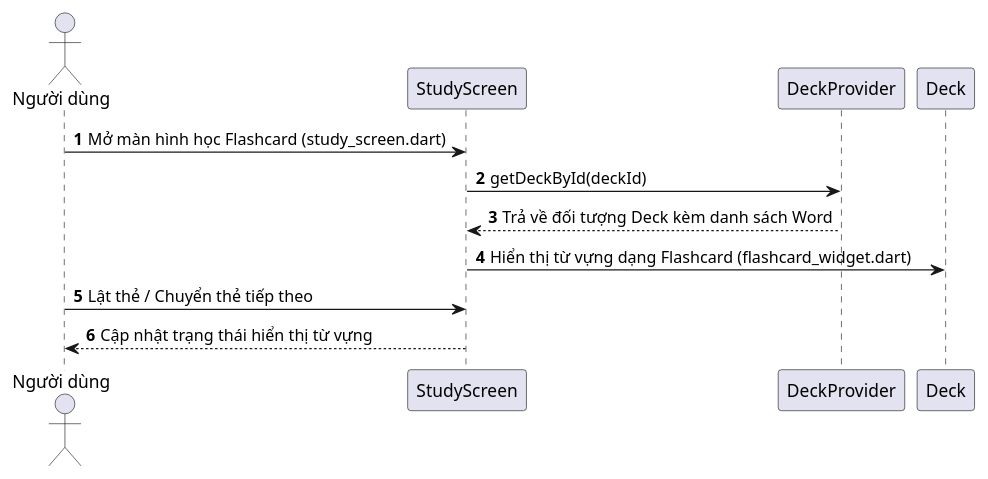
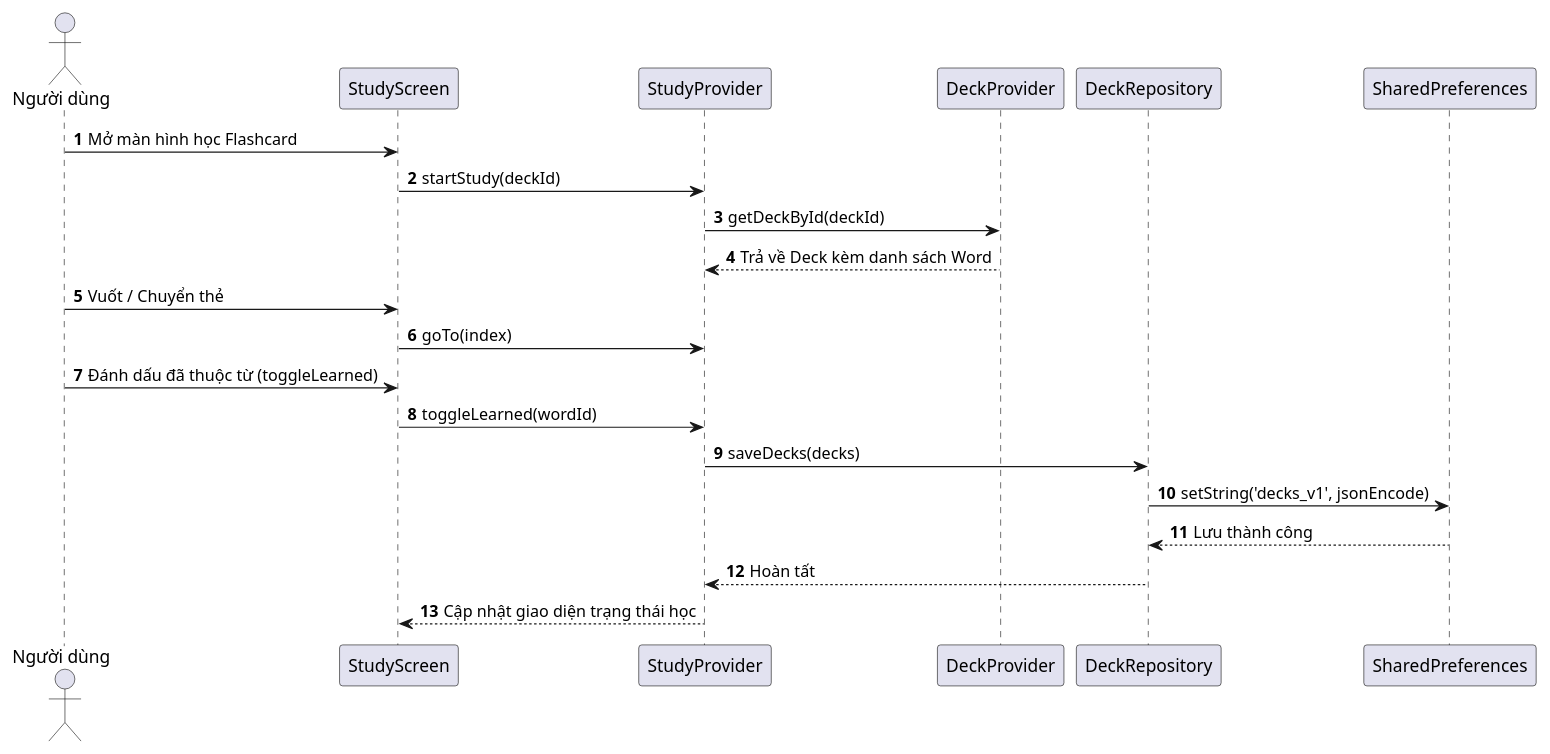
One commit to hoang-adu/2026_2027_1_1_LTTBDD_N01_Nhom_2 changed the diagram in docs/sequence_study_flashcard.puml. Above: the diagram before and after it, drawn with PlantUML. The commit also changed 3 other files, not shown here.

Commit message:
docs: cập nhật chuẩn 4 sơ đồ tuần tự (study, quiz, search)

```diff
--- a/docs/sequence_study_flashcard.puml
+++ b/docs/sequence_study_flashcard.puml
@@ -1,14 +1,23 @@
 @startuml
 autonumber
 actor "Người dùng" as User
 participant "StudyScreen" as UI
-participant "DeckProvider" as Provider
-participant "Deck" as Model
+participant "StudyProvider" as Provider
+participant "DeckProvider" as DeckProvider
+participant "DeckRepository" as Repo
+participant "SharedPreferences" as Prefs
 
-User -> UI: Mở màn hình học Flashcard (study_screen.dart)
-UI -> Provider: getDeckById(deckId)
-Provider --> UI: Trả về đối tượng Deck kèm danh sách Word
-UI -> Model: Hiển thị từ vựng dạng Flashcard (flashcard_widget.dart)
-User -> UI: Lật thẻ / Chuyển thẻ tiếp theo
-UI --> User: Cập nhật trạng thái hiển thị từ vựng
+User -> UI: Mở màn hình học Flashcard
+UI -> Provider: startStudy(deckId)
+Provider -> DeckProvider: getDeckById(deckId)
+DeckProvider --> Provider: Trả về Deck kèm danh sách Word
+User -> UI: Vuốt / Chuyển thẻ
+UI -> Provider: goTo(index)
+User -> UI: Đánh dấu đã thuộc từ (toggleLearned)
+UI -> Provider: toggleLearned(wordId)
+Provider -> Repo: saveDecks(decks)
+Repo -> Prefs: setString('decks_v1', jsonEncode)
+Prefs --> Repo: Lưu thành công
+Repo --> Provider: Hoàn tất
+Provider --> UI: Cập nhật giao diện trạng thái học
 @enduml
```
